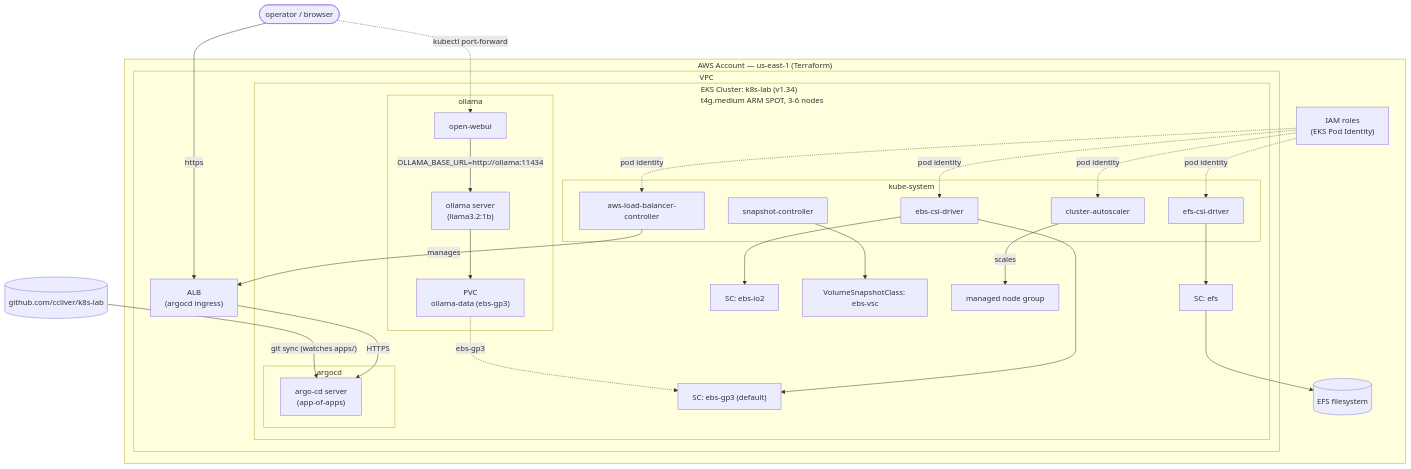
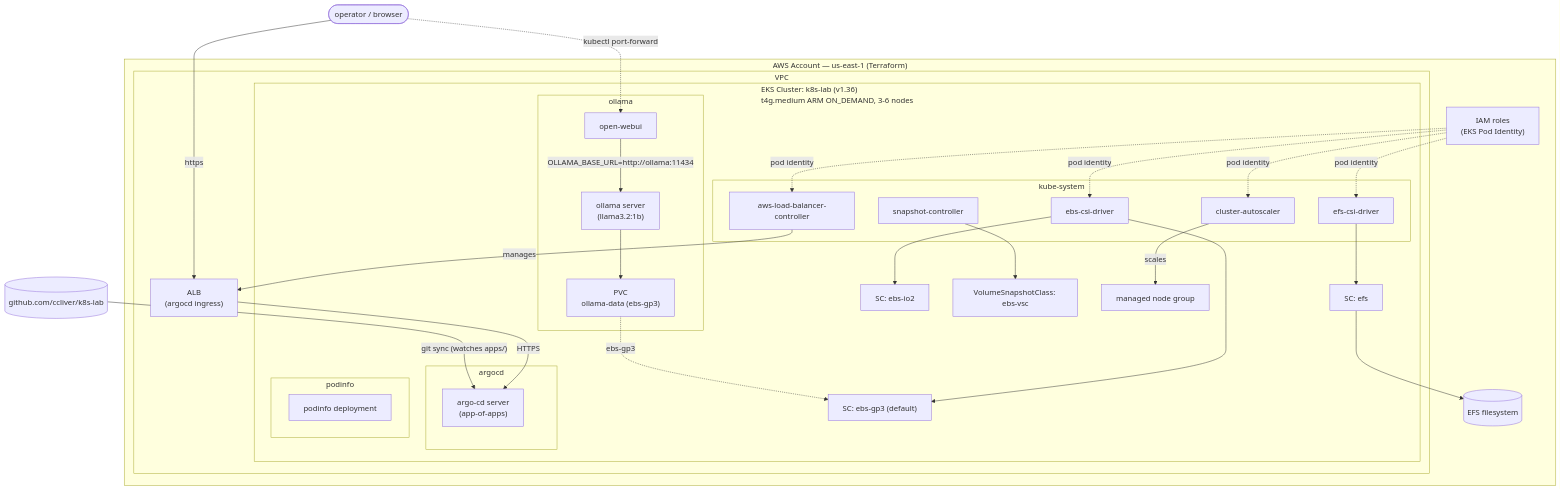
Before and after one commit to ccliver/k8s-lab: the diagram in README.md, drawn with Mermaid. The commit also changed other lines of this file and 1 other file, not shown here.

````diff
--- a/README.md
+++ b/README.md
@@ -7,62 +7,66 @@
 ```mermaid
 flowchart TB
     user(["operator / browser"])
     github[("github.com/ccliver/k8s-lab")]
 
     subgraph aws["AWS Account — us-east-1 (Terraform)"]
         iam["IAM roles<br/>(EKS Pod Identity)"]
         efs[("EFS filesystem")]
 
         subgraph vpc["VPC"]
             alb["ALB<br/>(argocd ingress)"]
 
-            subgraph eks["EKS Cluster: k8s-lab (v1.34)<br/>t4g.medium ARM SPOT, 3-6 nodes"]
+            subgraph eks["EKS Cluster: k8s-lab (v1.36)<br/>t4g.medium ARM ON_DEMAND, 3-6 nodes"]
                 subgraph kubesystem["kube-system"]
                     lbc["aws-load-balancer-controller"]
                     ca["cluster-autoscaler"]
                     ebscsi["ebs-csi-driver"]
                     efscsi["efs-csi-driver"]
                     snap["snapshot-controller"]
                 end
 
                 subgraph argocdns["argocd"]
                     argocd["argo-cd server<br/>(app-of-apps)"]
                 end
 
                 gp3["SC: ebs-gp3 (default)"]
                 io2["SC: ebs-io2"]
                 efssc["SC: efs"]
                 vsc["VolumeSnapshotClass: ebs-vsc"]
                 nodegroup["managed node group"]
 
                 subgraph ollamans["ollama"]
                     ollama["ollama server<br/>(llama3.2:1b)"]
                     ollamapvc["PVC<br/>ollama-data (ebs-gp3)"]
                     webui["open-webui"]
+                end
+
+                subgraph podinfons["podinfo"]
+                    podinfo["podinfo deployment"]
                 end
             end
         end
     end
 
     user -- https --> alb
     alb -- HTTPS --> argocd
     github -- "git sync (watches apps/)" --> argocd
 
     iam -. pod identity .-> lbc
     iam -. pod identity .-> ca
     iam -. pod identity .-> ebscsi
     iam -. pod identity .-> efscsi
 
     lbc -- manages --> alb
     ca -- scales --> nodegroup
     ebscsi --> gp3
     ebscsi --> io2
     efscsi --> efssc
     efssc --> efs
     snap --> vsc
 
     ollama --> ollamapvc
     ollamapvc -. ebs-gp3 .-> gp3
     webui -- "OLLAMA_BASE_URL=http://ollama:11434" --> ollama
     user -. "kubectl port-forward" .-> webui
 ```
````
